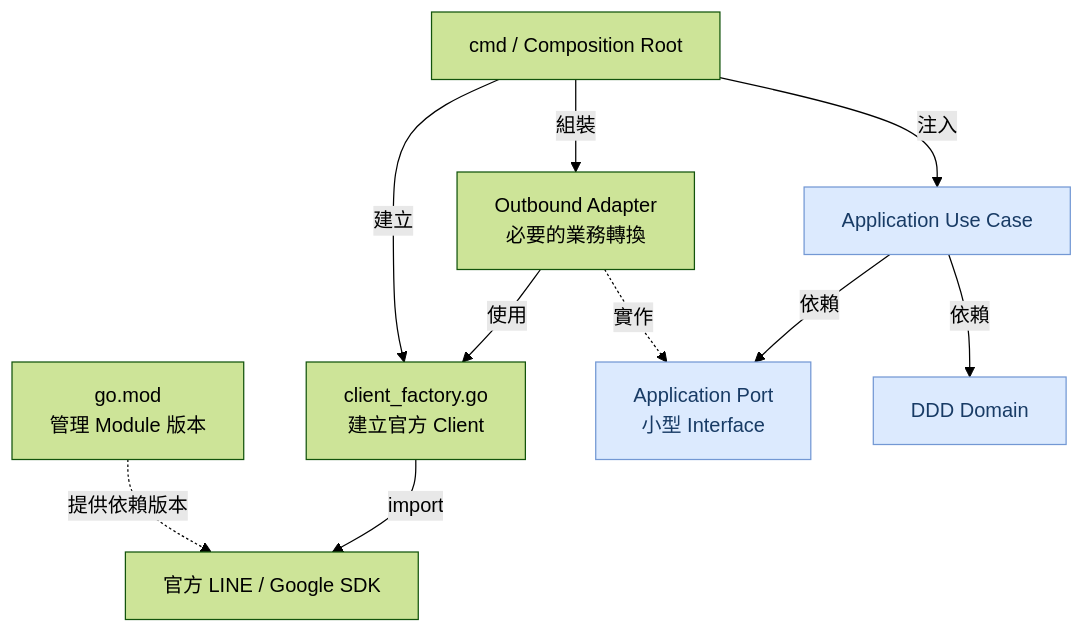
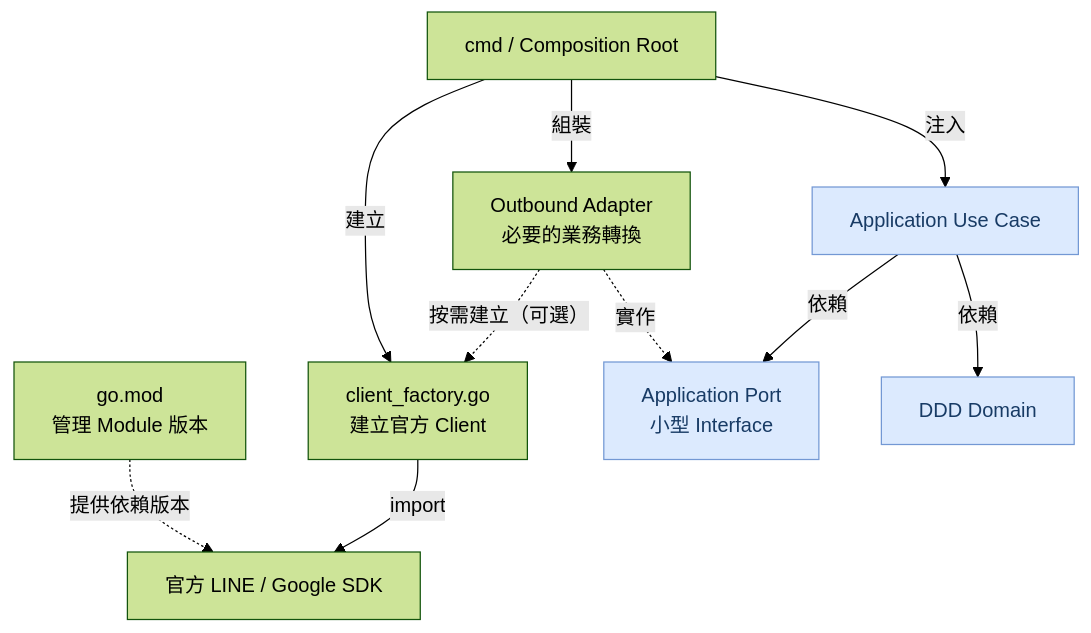
The diagram in DESIGN.md (963sup/linebot-platform), drawn with Mermaid (forest theme) before and after one commit. The commit also changed other lines of this file, not shown here.

````diff
--- a/DESIGN.md
+++ b/DESIGN.md
@@ -149,24 +149,24 @@
 ```mermaid
 flowchart TB
     M["go.mod<br/>管理 Module 版本"]
     SDK["官方 LINE / Google SDK"]
     F["client_factory.go<br/>建立官方 Client"]
     AD["Outbound Adapter<br/>必要的業務轉換"]
     P["Application Port<br/>小型 Interface"]
     UC["Application Use Case"]
     D["DDD Domain"]
     CMD["cmd / Composition Root"]
 
     M -.->|"提供依賴版本"| SDK
     F -->|"import"| SDK
     CMD -->|"建立"| F
     CMD -->|"組裝"| AD
     CMD -->|"注入"| UC
-    AD -->|"使用"| F
+    AD -.->|"按需建立（可選）"| F
     AD -.->|"實作"| P
     UC -->|"依賴"| P
     UC -->|"依賴"| D
 
     classDef core fill:#dceafe,stroke:#7398d4,color:#183b65
     class P,UC,D core
 ```
````
